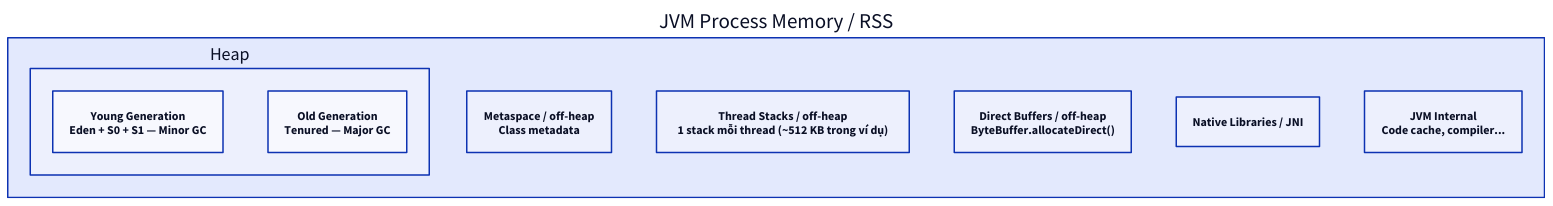
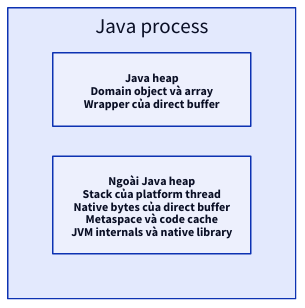
The first of 3 diagrams in content/docs/java/01-heap-vs-off-heap-vs-stack.mdx (vanhiep99w/interview-question), drawn with D2 before and after one commit. The commit also changed other lines of this file and 1 other file, not shown here.

Commit message:
docs(java): rewrite heap off-heap and stack as detailed explainer

````diff
--- a/content/docs/java/01-heap-vs-off-heap-vs-stack.mdx
+++ b/content/docs/java/01-heap-vs-off-heap-vs-stack.mdx
@@ -90,14 +70,8 @@
-```d2 title="Các vùng bộ nhớ trong JVM process"
+```d2 interactive=false title="Các nhóm bộ nhớ trong một Java process"
 direction: down
-rss: "JVM Process Memory / RSS" {
-  heap: "Heap" {
-    young: "Young Generation\nEden + S0 + S1 — Minor GC"
-    old: "Old Generation\nTenured — Major GC"
-  }
-  meta: "Metaspace / off-heap\nClass metadata"
-  stacks: "Thread Stacks / off-heap\n1 stack mỗi thread (~512 KB trong ví dụ)"
-  direct: "Direct Buffers / off-heap\nByteBuffer.allocateDirect()"
-  native: "Native Libraries / JNI"
-  internal: "JVM Internal\nCode cache, compiler..."
+process: Java process {
+  grid-columns: 1
+  heap: "Java heap\nDomain object và array\nWrapper của direct buffer"
+  native: "Ngoài Java heap\nStack của platform thread\nNative bytes của direct buffer\nMetaspace và code cache\nJVM internals và native library"
 }
 ```
````
